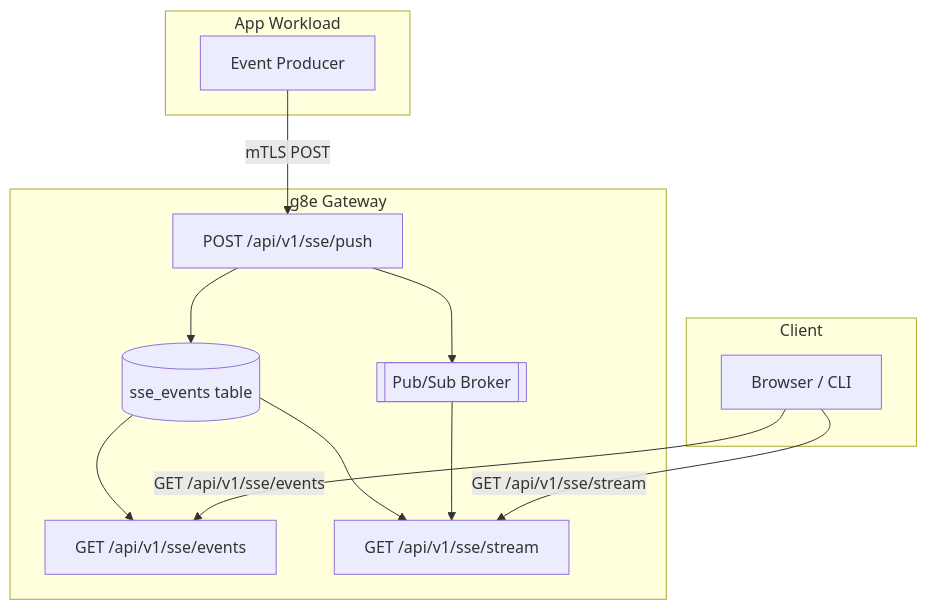
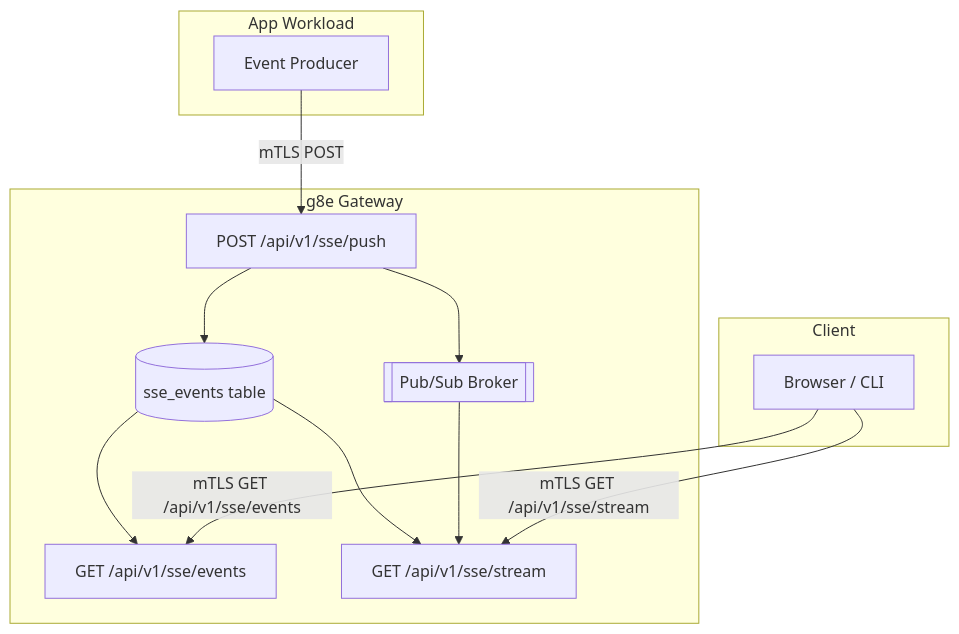
One commit to g8e-ai/g8e changed the diagram in docs/architecture/sse.md. Above: the diagram before and after it, drawn with Mermaid. The commit also changed other lines of this file and 54 other files, not shown here.

````diff
--- a/docs/architecture/sse.md
+++ b/docs/architecture/sse.md
@@ -31,27 +31,27 @@
 ```mermaid
 flowchart TD
     subgraph App ["App Workload"]
         producer["Event Producer"]
     end
 
     subgraph Gateway ["g8e Gateway"]
         push["POST /api/v1/sse/push"]
         db[("sse_events table")]
         events["GET /api/v1/sse/events"]
         stream["GET /api/v1/sse/stream"]
         pubsub[["Pub/Sub Broker"]]
     end
 
     subgraph Client ["Client"]
         browser["Browser / CLI"]
     end
 
     producer -- "mTLS POST" --> push
     push --> db
     push --> pubsub
     db --> events
     db --> stream
     pubsub --> stream
-    browser -- "GET /api/v1/sse/stream" --> stream
-    browser -- "GET /api/v1/sse/events" --> events
+    browser -- "mTLS GET /api/v1/sse/stream" --> stream
+    browser -- "mTLS GET /api/v1/sse/events" --> events
 ```
````
